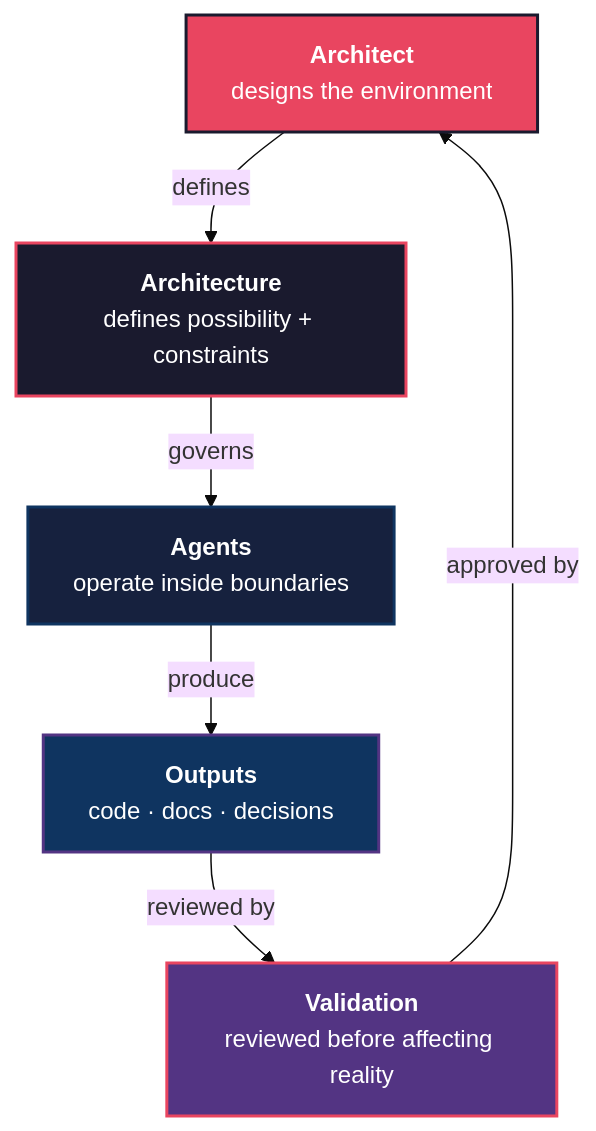
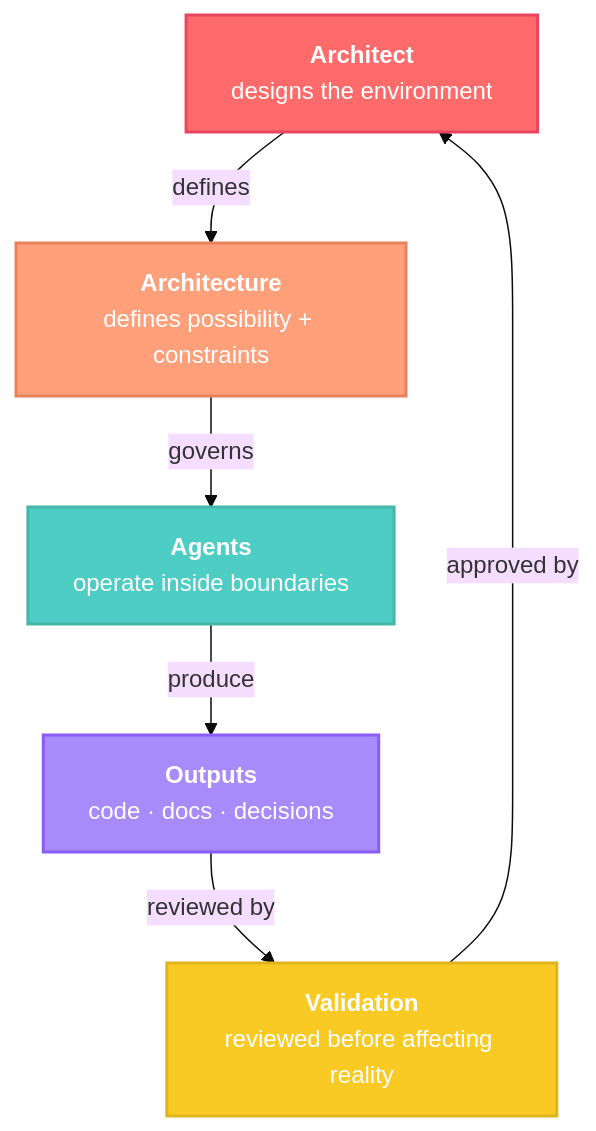
One commit to block3-io/block3-start changed the third of 5 diagrams in README.md. Above: the diagram before and after it, drawn with Mermaid (base theme). The commit also changed other lines of this file, not shown here.

Commit message:
Fix diagram colors — lighter palette for readability

````diff
--- a/README.md
+++ b/README.md
@@ -87,20 +87,20 @@
 ```mermaid
 graph TD
     AR["<b>Architect</b><br/>designs the environment"]
     ARCH["<b>Architecture</b><br/>defines possibility + constraints"]
     AG["<b>Agents</b><br/>operate inside boundaries"]
     OUT["<b>Outputs</b><br/>code · docs · decisions"]
     VAL["<b>Validation</b><br/>reviewed before affecting reality"]
 
     AR -->|"defines"| ARCH
     ARCH -->|"governs"| AG
     AG -->|"produce"| OUT
     OUT -->|"reviewed by"| VAL
     VAL -->|"approved by"| AR
 
-    style AR fill:#e94560,stroke:#1a1a2e,color:#fff,stroke-width:2px
-    style ARCH fill:#1a1a2e,stroke:#e94560,color:#fff,stroke-width:2px
-    style AG fill:#16213e,stroke:#0f3460,color:#fff,stroke-width:2px
-    style OUT fill:#0f3460,stroke:#533483,color:#fff,stroke-width:2px
-    style VAL fill:#533483,stroke:#e94560,color:#fff,stroke-width:2px
+    style AR fill:#ff6b6b,stroke:#e94560,color:#fff,stroke-width:2px
+    style ARCH fill:#ffa07a,stroke:#e8825c,color:#fff,stroke-width:2px
+    style AG fill:#4ecdc4,stroke:#45b7aa,color:#fff,stroke-width:2px
+    style OUT fill:#a78bfa,stroke:#8b5cf6,color:#fff,stroke-width:2px
+    style VAL fill:#f9ca24,stroke:#e0b41e,color:#fff,stroke-width:2px
 ```
````
